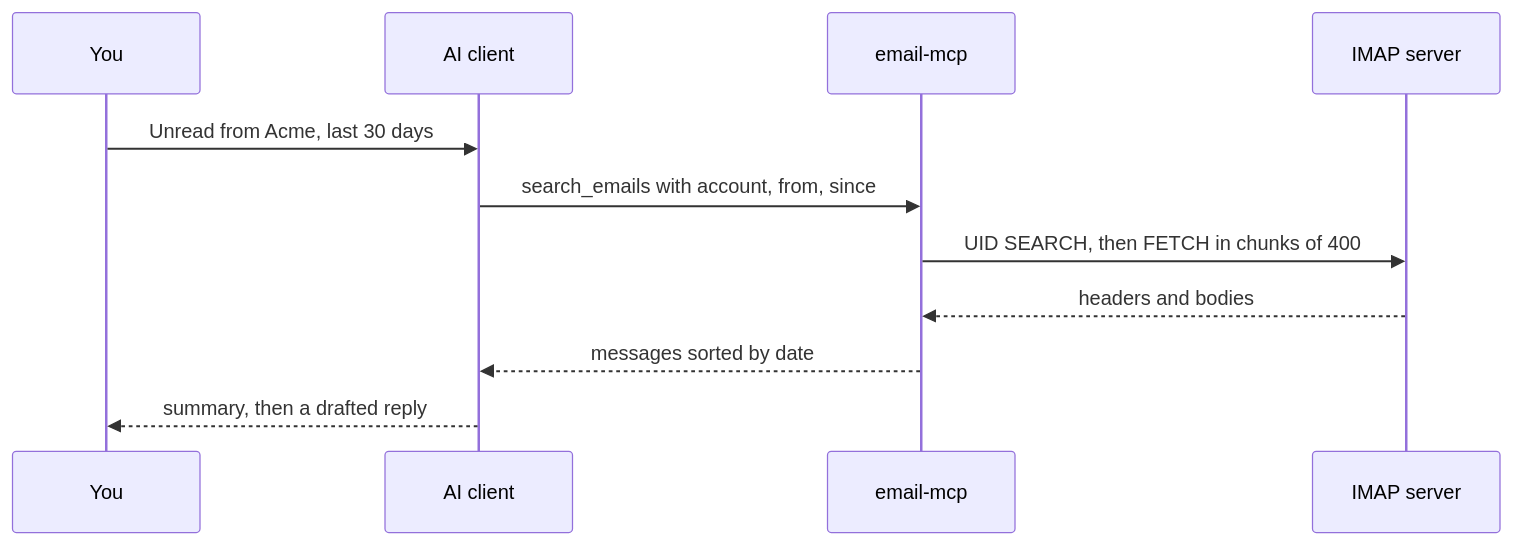
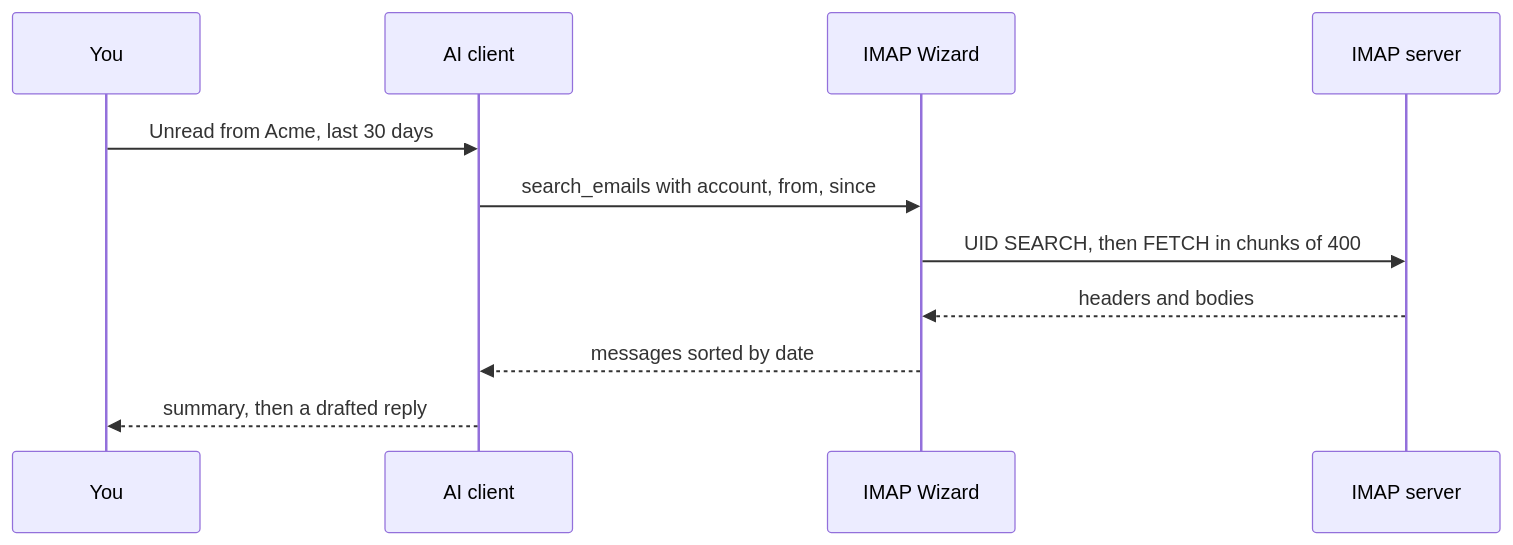
The second of 2 diagrams in README.md (Fe2-O3/email-mcp), drawn with Mermaid before and after one commit. The commit also changed other lines of this file and 2 other files, not shown here.

Commit message:
docs(readme): rebrand to IMAP Wizard, redo banner and architecture graphics

````diff
--- a/README.md
+++ b/README.md
@@ -123,13 +123,13 @@
 ```mermaid
 sequenceDiagram
     participant You
     participant Client as AI client
-    participant MCP as email-mcp
+    participant MCP as IMAP Wizard
     participant Imap as IMAP server
     You->>Client: Unread from Acme, last 30 days
     Client->>MCP: search_emails with account, from, since
     MCP->>Imap: UID SEARCH, then FETCH in chunks of 400
     Imap-->>MCP: headers and bodies
     MCP-->>Client: messages sorted by date
     Client-->>You: summary, then a drafted reply
 ```
````
